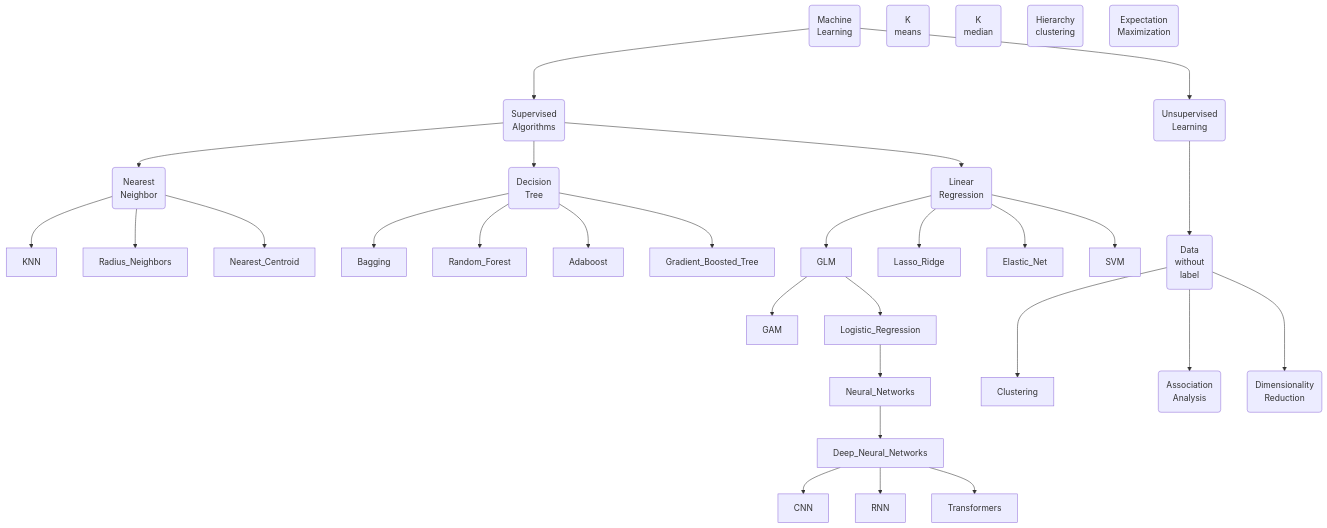
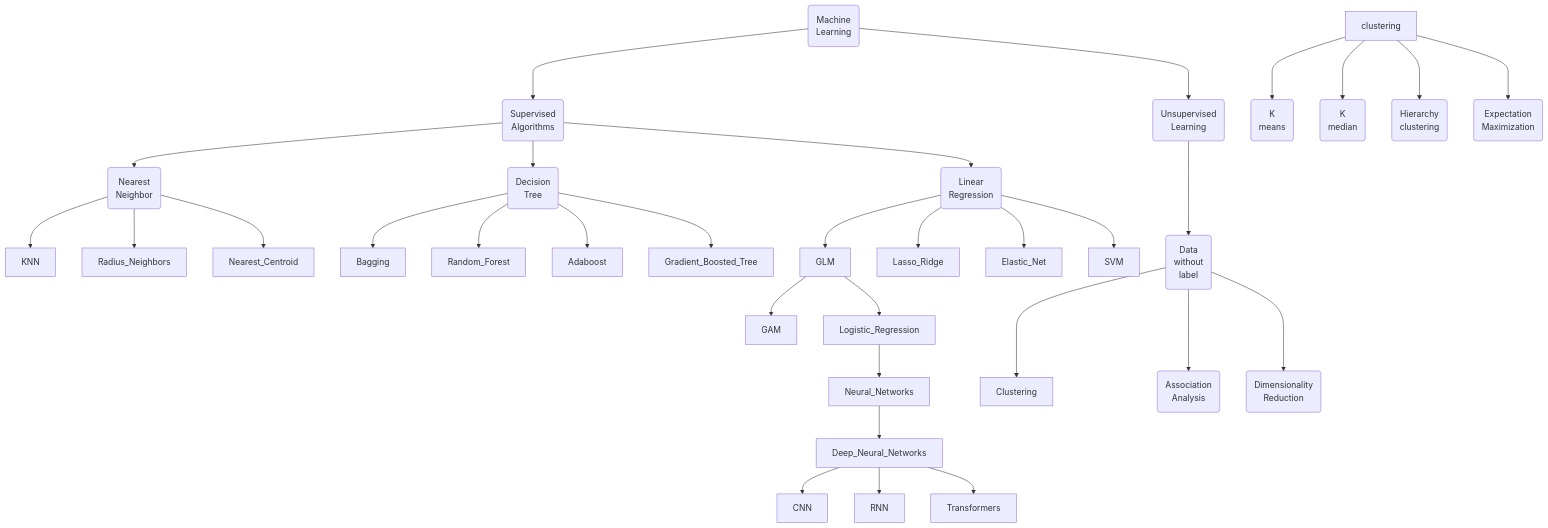
One commit to hwetsman/Public_Notes changed the diagram in ML_Tree.md. Above: the diagram before and after it, drawn with Mermaid.

Commit message:
Refactor: add clustering links

`````diff
--- a/ML_Tree.md
+++ b/ML_Tree.md
@@ -1,49 +1,53 @@
 ````mermaid
 flowchart TB
   Machine_Learning(Machine<br>Learning)
   Supervised(Supervised<br>Algorithms)
     Supervised-->Nearest(Nearest<br>Neighbor)
       Machine_Learning--->Supervised
     Nearest --> KNN
     Nearest --> Radius_Neighbors
     Nearest --> Nearest_Centroid
     Supervised --> Decision(Decision<br>Tree)
     Decision --> Bagging
     Decision --> Random_Forest
     Decision --> Adaboost
     Decision --> Gradient_Boosted_Tree
     Supervised --> Linear(Linear<br>Regression)
     Linear --> GLM
     GLM --> GAM
     GLM --> Logistic_Regression
     Logistic_Regression --> Neural_Networks
     Neural_Networks --> Deep_Neural_Networks
     Deep_Neural_Networks --> CNN
     Deep_Neural_Networks --> RNN
     Deep_Neural_Networks --> Transformers
     Linear --> Lasso_Ridge
     Linear --> Elastic_Net
     Linear --> SVM
 
     Unsupervised(Unsupervised<br>Learning)
       Machine_Learning--->Unsupervised
         Data(Data<br>without<br>label)
         Unsupervised--->Data
 
         Clustering
           Data--->Clustering
           K_mean(K<br>means)
+            clustering--->K_mean
           K_med(K<br>median)
+            clustering--->K_med
           hierarchy(Hierarchy<br>clustering)
+            clustering--->hierarchy
           Expectation(Expectation<br>Maximization)
+            clustering--->Expectation
 
         Association(Association<br>Analysis)
           Data--->Association
 
         Dimension(Dimensionality<br>Reduction)
           Data--->Dimension
       
 
 
 
 ````
`````
